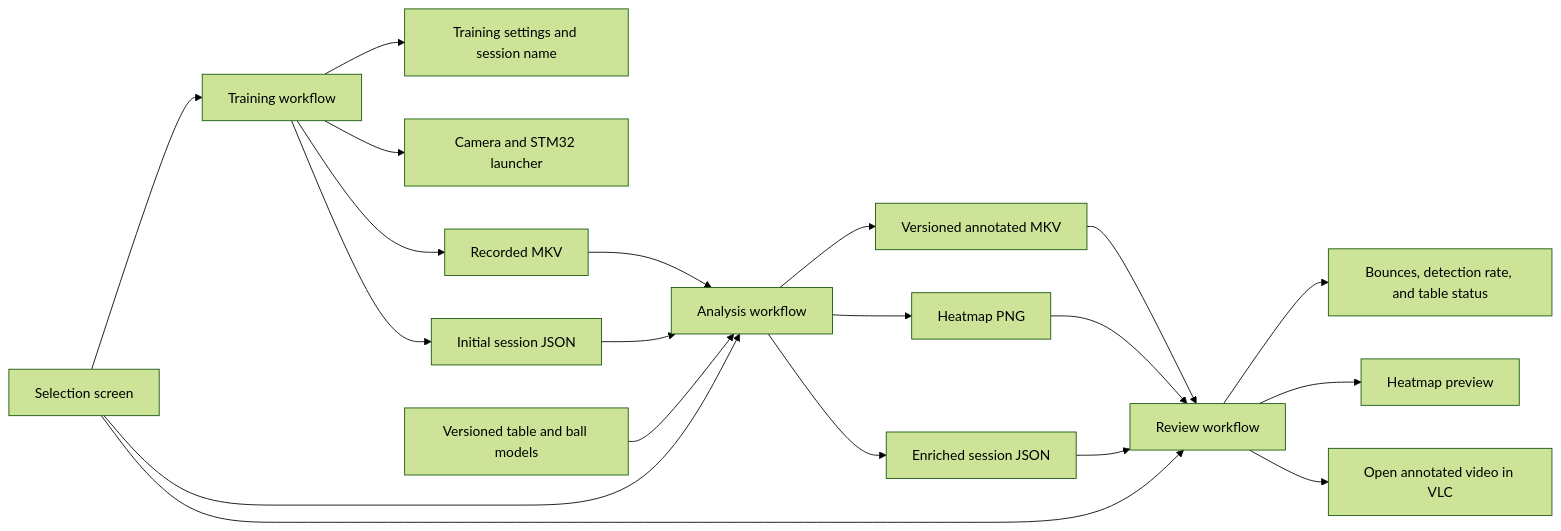
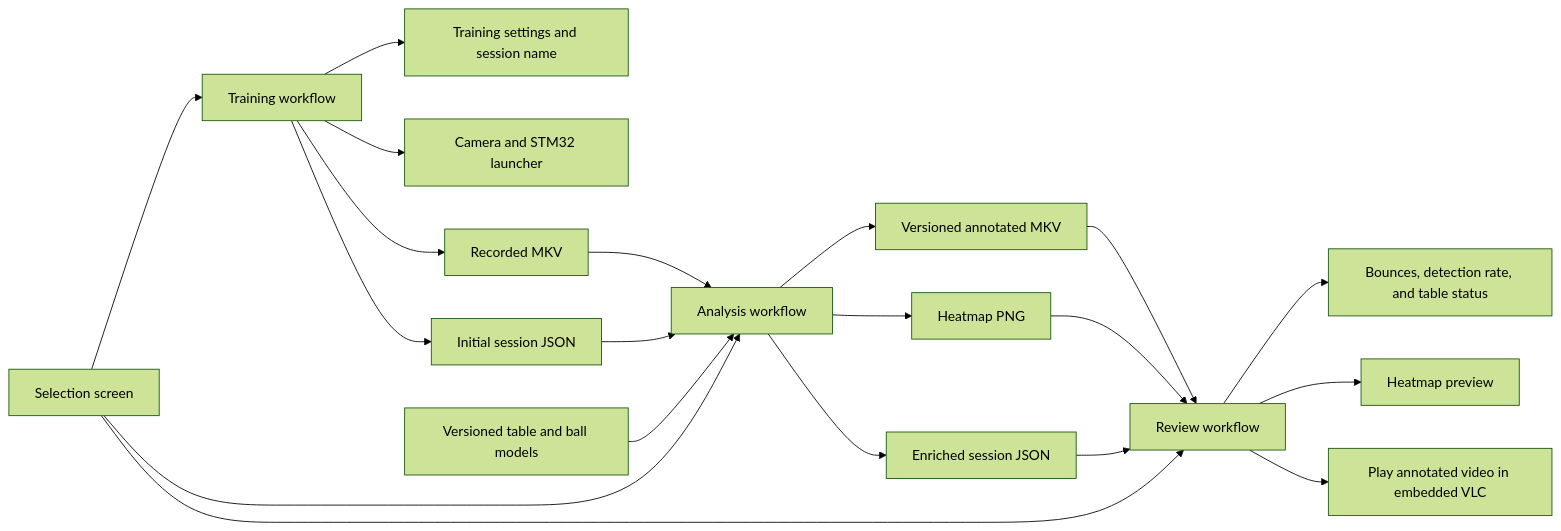
One commit to CoulterRolph/Capstone_Opencv changed the second of 13 diagrams in jetson/docs/project_process_map.md. Above: the diagram before and after it, drawn with Mermaid (forest theme). The commit also changed 27 other files, not shown here.

Commit message:
added VLC for playback

````diff
--- a/jetson/docs/project_process_map.md
+++ b/jetson/docs/project_process_map.md
@@ -39,27 +39,27 @@
 ```mermaid
 flowchart LR
     Selection[Selection screen] --> Training[Training workflow]
     Selection --> Analysis[Analysis workflow]
     Selection --> Review[Review workflow]
 
     Training --> Settings[Training settings and session name]
     Training --> Hardware[Camera and STM32 launcher]
     Training --> Recording[Recorded MKV]
     Training --> InitialJSON[Initial session JSON]
 
     Recording --> Analysis
     InitialJSON --> Analysis
     ModelFolders[Versioned table and ball models] --> Analysis
 
     Analysis --> Annotated[Versioned annotated MKV]
     Analysis --> Heatmap[Heatmap PNG]
     Analysis --> EnrichedJSON[Enriched session JSON]
 
     EnrichedJSON --> Review
     Heatmap --> Review
     Annotated --> Review
 
     Review --> Metrics[Bounces, detection rate, and table status]
     Review --> Visual[Heatmap preview]
-    Review --> Playback[Open annotated video in VLC]
+    Review --> Playback[Play annotated video in embedded VLC]
 ```
````
